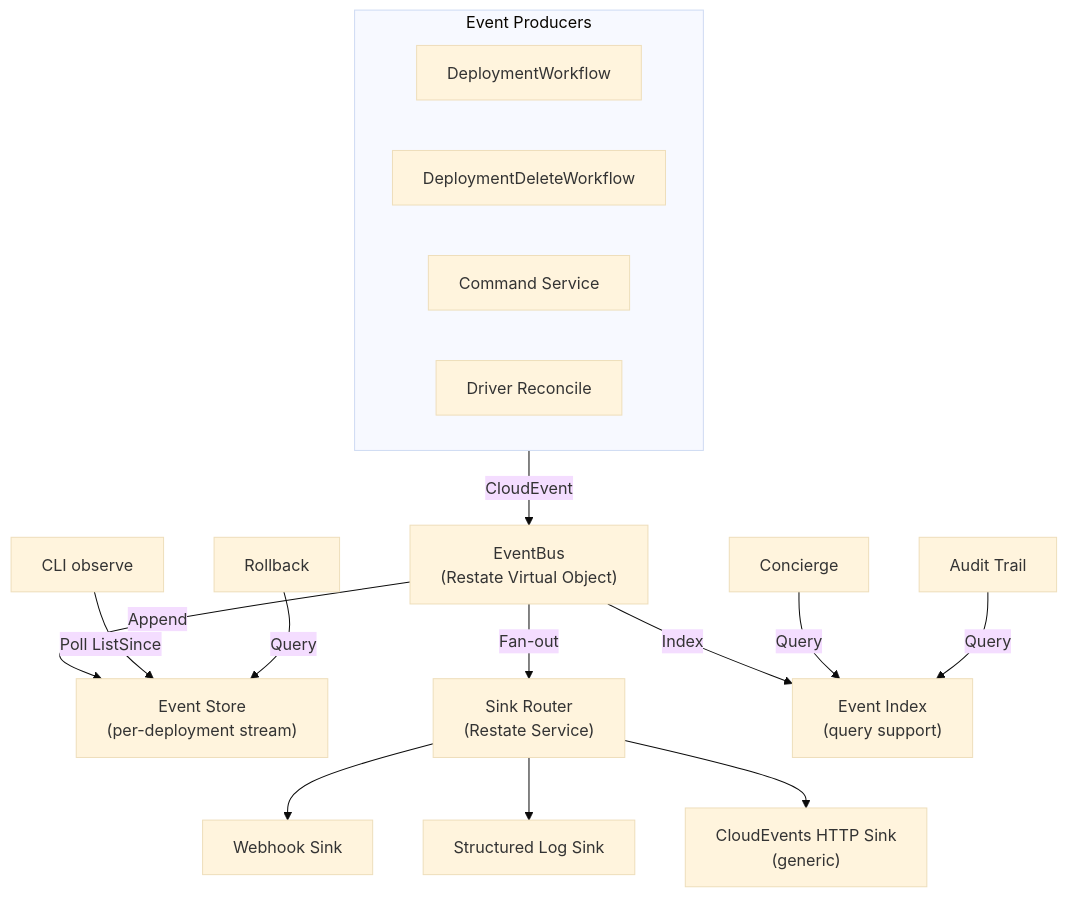
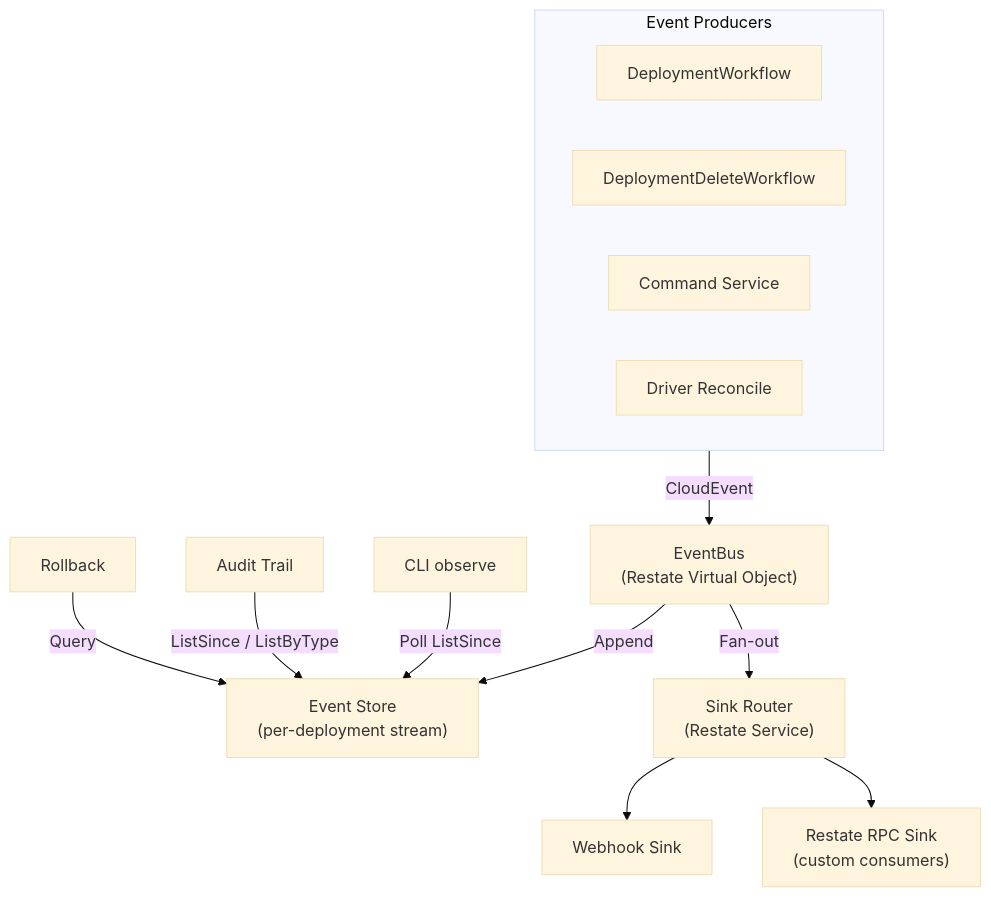
Before and after one commit to shirvan/praxis: the first of 3 diagrams in docs/EVENTS.md, drawn with Mermaid (base theme). The commit also changed other lines of this file and 7 other files, not shown here.

First line of the commit message:
docs: sweep all documentation for the new architecture

````diff
--- a/docs/EVENTS.md
+++ b/docs/EVENTS.md
@@ -23,24 +22,21 @@
 ```mermaid
 graph TD
     subgraph Producers["Event Producers"]
         DW["DeploymentWorkflow"]
         DDW["DeploymentDeleteWorkflow"]
         CS["Command Service"]
         DR["Driver Reconcile"]
     end
 
     Producers -->|"CloudEvent"| EB["EventBus<br/>(Restate Virtual Object)"]
 
     EB -->|"Append"| ES["Event Store<br/>(per-deployment stream)"]
     EB -->|"Fan-out"| SR["Sink Router<br/>(Restate Service)"]
-    EB -->|"Index"| EI["Event Index<br/>(query support)"]
 
     SR --> WH["Webhook Sink"]
-    SR --> SL["Structured Log Sink"]
-    SR --> CL["CloudEvents HTTP Sink<br/>(generic)"]
+    SR --> RPC["Restate RPC Sink<br/>(custom consumers)"]
 
     CLI["CLI observe"] -->|"Poll ListSince"| ES
-    Concierge["Concierge"] -->|"Query"| EI
-    AUDIT["Audit Trail"] -->|"Query"| EI
+    AUDIT["Audit Trail"] -->|"ListSince / ListByType"| ES
     RB["Rollback"] -->|"Query"| ES
 ```
````
